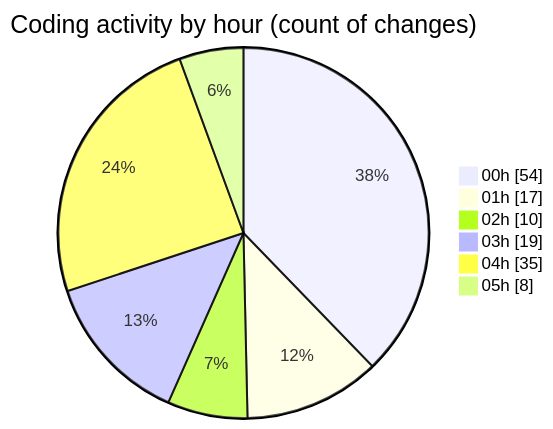
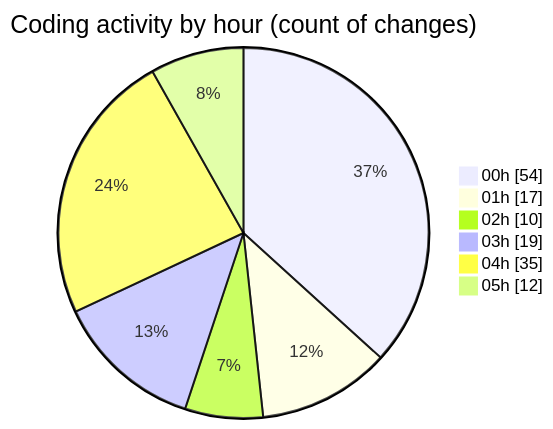
Before and after one commit to lephambinh05/code-tracking: the second of 2 diagrams in 2025-07-26/quanlyrapchieuphim-1/README.md, drawn with Mermaid. The commit also changed other lines of this file and 1 other file, not shown here.

````diff
--- a/2025-07-26/quanlyrapchieuphim-1/README.md
+++ b/2025-07-26/quanlyrapchieuphim-1/README.md
@@ -48,10 +52,10 @@
 ```mermaid
 pie showData
 title Coding activity by hour (count of changes)
 "00h" : 54
 "01h" : 17
 "02h" : 10
 "03h" : 19
 "04h" : 35
-"05h" : 8
+"05h" : 12
 ```
````
